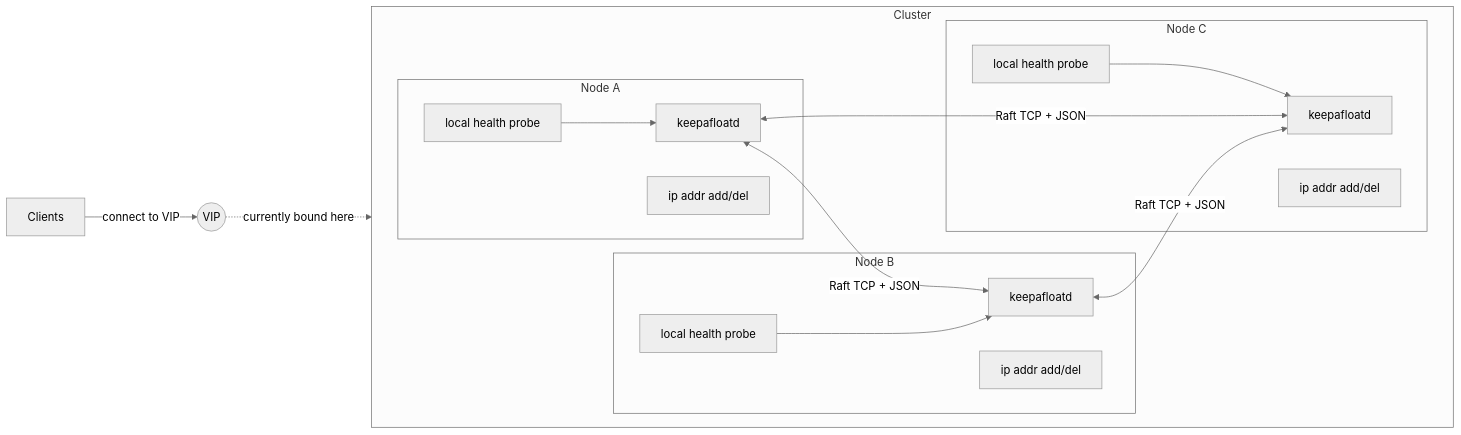
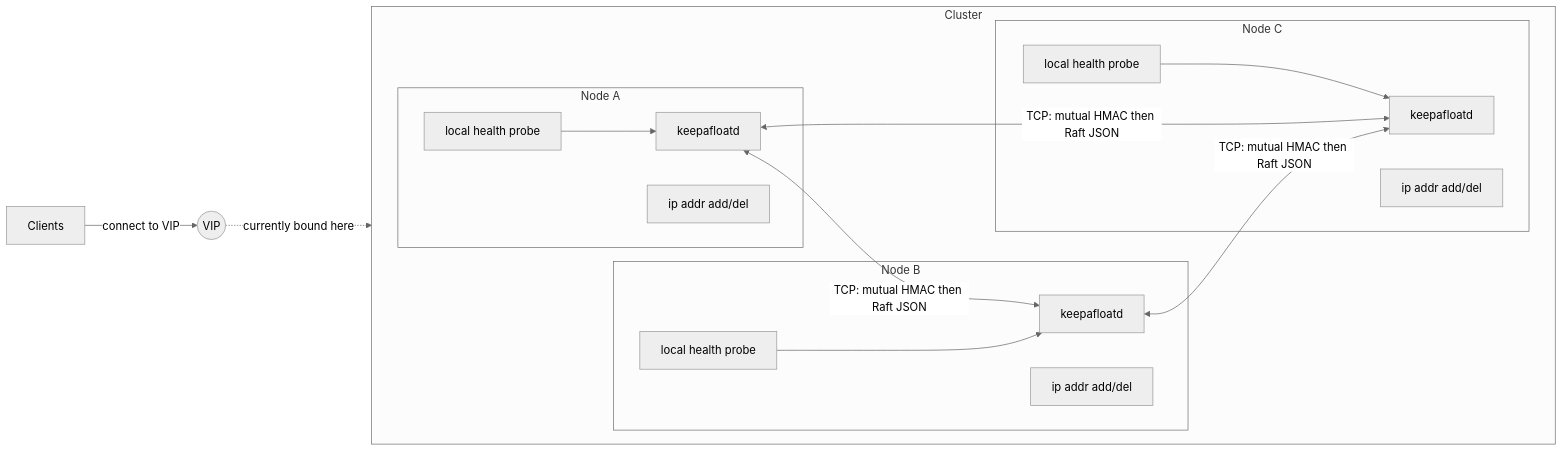
Before and after one commit to croit/keepAfloatD: the first of 10 diagrams in ARCHITECTURE.md, drawn with Mermaid (neutral theme). The commit also changed other lines of this file and 254 other files, not shown here.

````diff
--- a/ARCHITECTURE.md
+++ b/ARCHITECTURE.md
@@ -11,33 +14,33 @@
 ```mermaid
 flowchart LR
   client[Clients] -->|connect to VIP| vip((VIP))
 
   subgraph cluster[Cluster]
     direction LR
     subgraph nodeA[Node A]
       a_kaf[keepafloatd]
       a_probe[local health probe]
       a_os[ip addr add/del]
     end
     subgraph nodeB[Node B]
       b_kaf[keepafloatd]
       b_probe[local health probe]
       b_os[ip addr add/del]
     end
     subgraph nodeC[Node C]
       c_kaf[keepafloatd]
       c_probe[local health probe]
       c_os[ip addr add/del]
     end
   end
 
   vip -. currently bound here .-> a_os
 
   a_probe --> a_kaf
   b_probe --> b_kaf
   c_probe --> c_kaf
 
-  a_kaf <-->|Raft TCP + JSON| b_kaf
-  b_kaf <-->|Raft TCP + JSON| c_kaf
-  a_kaf <-->|Raft TCP + JSON| c_kaf
+  a_kaf <-->|TCP: mutual HMAC then Raft JSON| b_kaf
+  b_kaf <-->|TCP: mutual HMAC then Raft JSON| c_kaf
+  a_kaf <-->|TCP: mutual HMAC then Raft JSON| c_kaf
 ```
````
